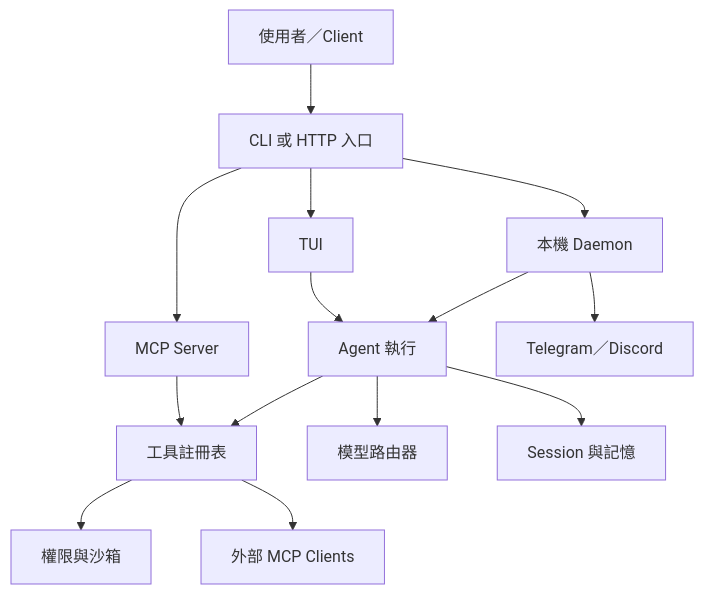
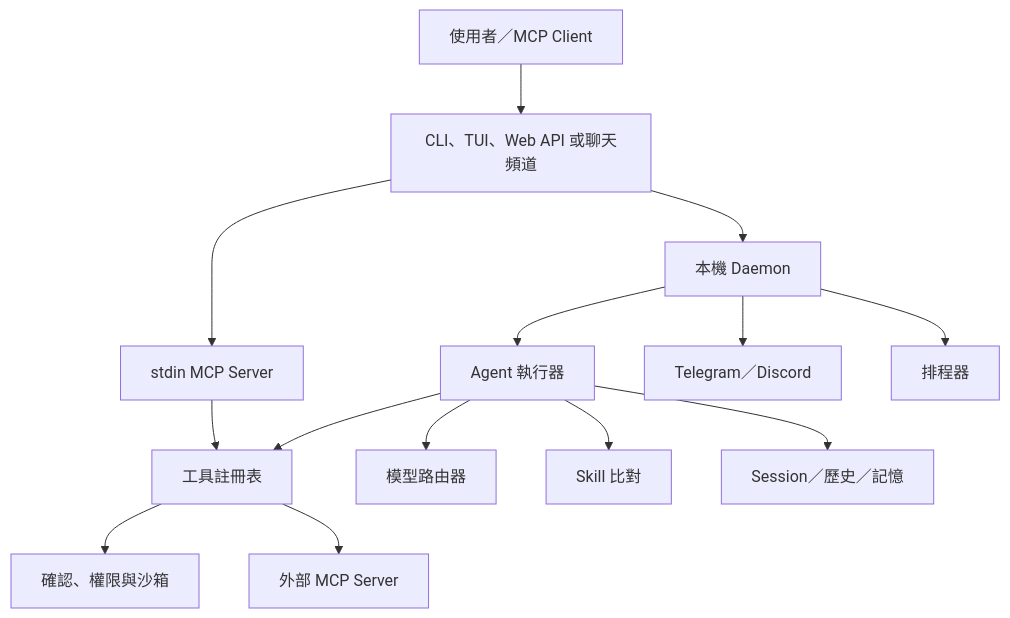
One commit to agenvoy/Agenvoy changed the first of 9 diagrams in doc/architecture.zh.md. Above: the diagram before and after it, drawn with Mermaid. The commit also changed other lines of this file and 5 other files, not shown here.

````diff
--- a/doc/architecture.zh.md
+++ b/doc/architecture.zh.md
@@ -9,16 +9,16 @@
 ```mermaid
 graph TB
-    User[使用者／Client] --> Entry[CLI 或 HTTP 入口]
-    Entry --> TUI[TUI]
+    User[使用者／MCP Client] --> Entry[CLI、TUI、Web API 或聊天頻道]
     Entry --> Daemon[本機 Daemon]
-    Entry --> MCPServer[MCP Server]
-    TUI --> Exec[Agent 執行]
-    Daemon --> Exec
+    Entry --> MCPServer[stdin MCP Server]
+    Daemon --> Exec[Agent 執行器]
     MCPServer --> Tools[工具註冊表]
     Exec --> Router[模型路由器]
+    Exec --> Skills[Skill 比對]
     Exec --> Tools
-    Exec --> Sessions[Session 與記憶]
-    Tools --> Guard[權限與沙箱]
-    Daemon --> Chat[Telegram／Discord]
-    Tools --> MCPClient[外部 MCP Clients]
+    Exec --> Sessions[Session／歷史／記憶]
+    Tools --> Guard[確認、權限與沙箱]
+    Daemon --> Channels[Telegram／Discord]
+    Daemon --> Scheduler[排程器]
+    Tools --> MCPClient[外部 MCP Server]
 ```
````
